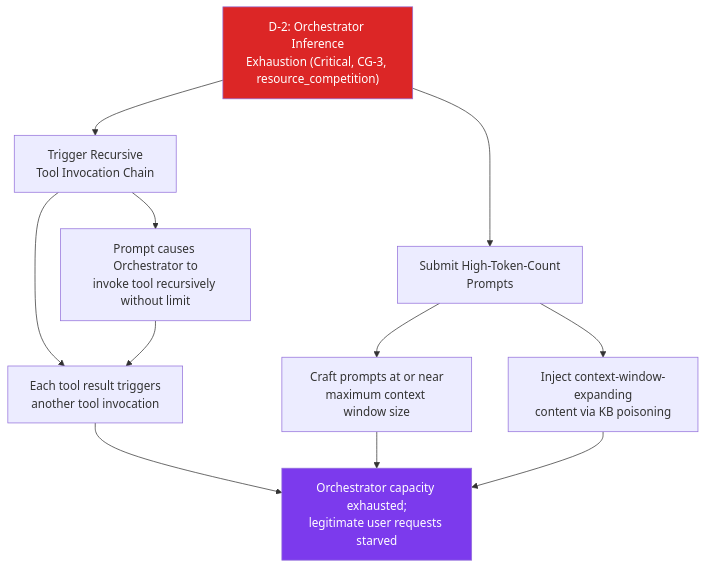
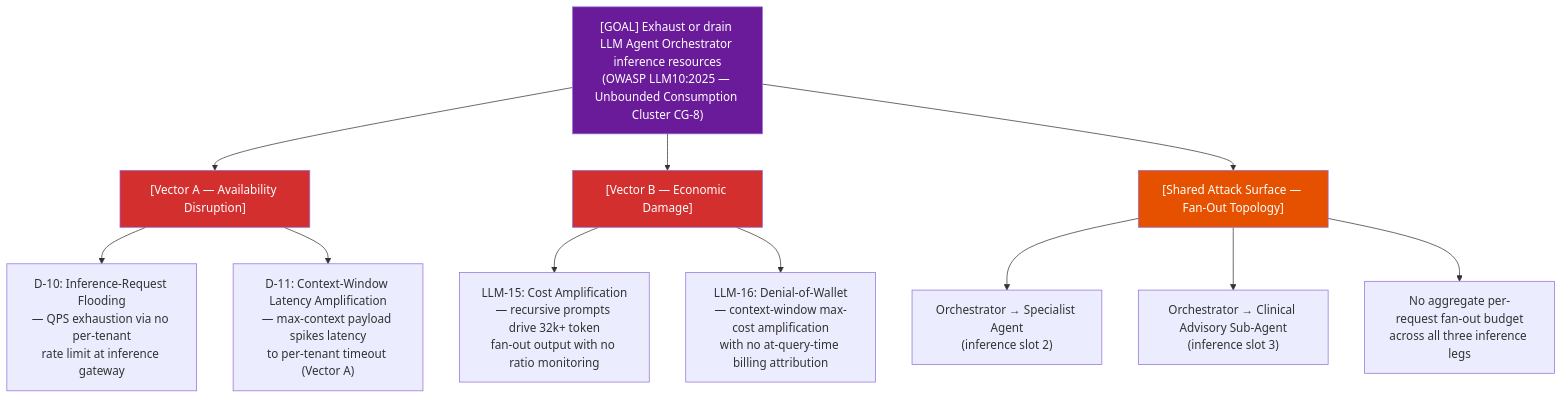
The eighth of 8 diagrams in examples/agentic-app/sample-report/threat-report.md (q-qp-p/davidmatousek-tachi), drawn with Mermaid before and after one commit. The commit also changed other lines of this file and 132 other files, not shown here.

First line of the commit message:
feat(229): llm10 unbounded consumption verification (#230)

````diff
--- a/examples/agentic-app/sample-report/threat-report.md
+++ b/examples/agentic-app/sample-report/threat-report.md
@@ -812,17 +312,21 @@
 ```mermaid
 graph TD
-    D2_root["D-2: Orchestrator Inference\nExhaustion (Critical, CG-3, resource_competition)"]:::critical
-    D2_root --> D2_a["Submit High-Token-Count\nPrompts"]
-    D2_root --> D2_b["Trigger Recursive\nTool Invocation Chain"]
-    D2_a --> D2_a1["Craft prompts at or near\nmaximum context window size"]
-    D2_a --> D2_a2["Inject context-window-expanding\ncontent via KB poisoning"]
-    D2_b --> D2_b1["Prompt causes Orchestrator to\ninvoke tool recursively without limit"]
-    D2_b --> D2_b2["Each tool result triggers\nanother tool invocation"]
-    D2_b2 --> D2_impact["Orchestrator capacity exhausted;\nlegitimate user requests starved"]:::impact
-    D2_a1 --> D2_impact
-    D2_a2 --> D2_impact
-    D2_b1 --> D2_b2
+    Goal["[GOAL] Exhaust or drain LLM Agent Orchestrator inference resources\n(OWASP LLM10:2025 — Unbounded Consumption Cluster CG-8)"]
+    Goal --> VectorA["[Vector A — Availability Disruption]"]
+    VectorA --> D10["D-10: Inference-Request Flooding\n— QPS exhaustion via no per-tenant\nrate limit at inference gateway"]
+    VectorA --> D11["D-11: Context-Window Latency Amplification\n— max-context payload spikes latency\nto per-tenant timeout (Vector A)"]
+    Goal --> VectorB["[Vector B — Economic Damage]"]
+    VectorB --> LLM15["LLM-15: Cost Amplification\n— recursive prompts drive 32k+ token\nfan-out output with no ratio monitoring"]
+    VectorB --> LLM16["LLM-16: Denial-of-Wallet\n— context-window max-cost amplification\nwith no at-query-time billing attribution"]
+    Goal --> Shared["[Shared Attack Surface — Fan-Out Topology]"]
+    Shared --> FO1["Orchestrator → Specialist Agent\n(inference slot 2)"]
+    Shared --> FO2["Orchestrator → Clinical Advisory Sub-Agent\n(inference slot 3)"]
+    Shared --> FO3["No aggregate per-request fan-out budget\nacross all three inference legs"]
 
-    classDef critical fill:#DC2626,color:#fff
-    classDef impact fill:#7C3AED,color:#fff
+    classDef critical fill:#d32f2f,color:#fff
+    classDef llm10 fill:#6a1b9a,color:#fff
+    classDef shared fill:#e65100,color:#fff
+    class Goal llm10
+    class VectorA,VectorB critical
+    class Shared shared
 ```
````
